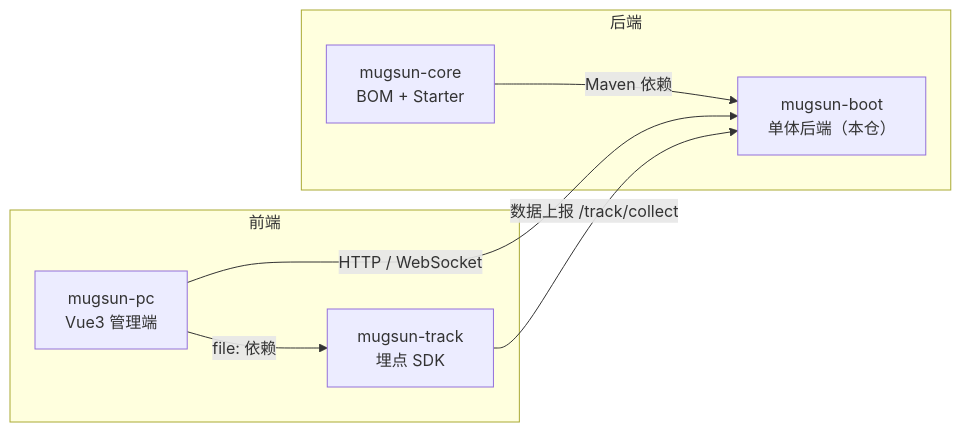
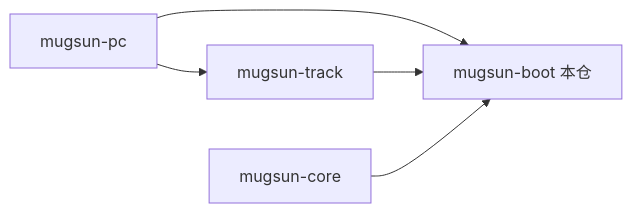
Before and after one commit to curdx/mugsun-boot: the first of 2 diagrams in README.md, drawn with Mermaid. The commit also changed other lines of this file and 2 other files, not shown here.

````diff
--- a/README.md
+++ b/README.md
@@ -39,15 +37,7 @@
 ```mermaid
 graph LR
-    subgraph 前端
-        PC["mugsun-pc<br/>Vue3 管理端"]
-        TRACK["mugsun-track<br/>埋点 SDK"]
-    end
-    subgraph 后端
-        BOOT["mugsun-boot<br/>单体后端（本仓）"]
-        CORE["mugsun-core<br/>BOM + Starter"]
-    end
-    CORE -->|Maven 依赖| BOOT
-    PC -->|file: 依赖| TRACK
-    PC -->|HTTP / WebSocket| BOOT
-    TRACK -->|数据上报 /track/collect| BOOT
+    PC[mugsun-pc] --> BOOT[mugsun-boot 本仓]
+    TRACK[mugsun-track] --> BOOT
+    CORE[mugsun-core] --> BOOT
+    PC --> TRACK
 ```
````
